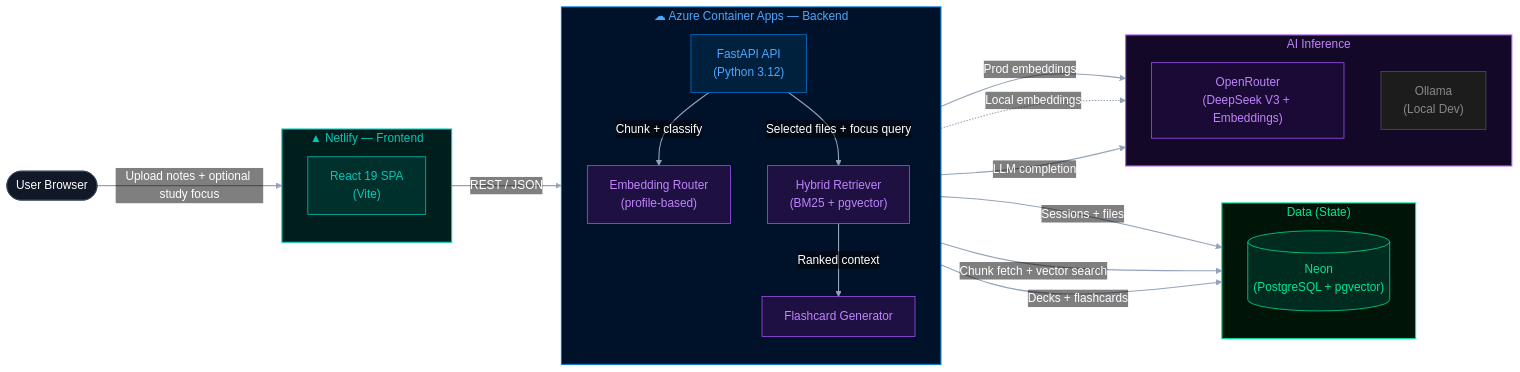
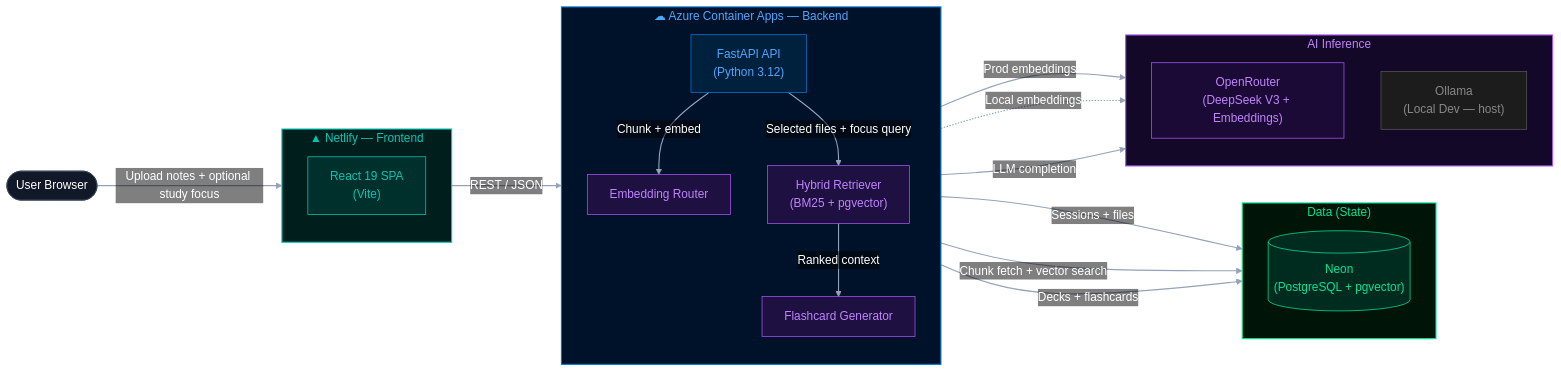
One commit to hua0-richard/rag-obs changed the diagram in README.md. Above: the diagram before and after it, drawn with Mermaid. The commit also changed other lines of this file and 48 other files, not shown here.

````diff
--- a/README.md
+++ b/README.md
@@ -24,82 +24,82 @@
 ```mermaid
 %%{init: {
   "theme": "base",
   "themeVariables": {
     "background": "#09090b",
     "mainBkg": "#09090b",
     "primaryTextColor": "#ffffff",
     "textColor": "#ffffff",
     "labelBackground": "rgba(0,0,0,0)",
     "edgeLabelBackground": "rgba(0,0,0,0)",
     "edgeLabelBorder": "rgba(0,0,0,0)",
     "edgeLabelBorderWidth": "0",
     "edgeLabelColor": "#ffffff",
     "lineColor": "#94a3b8",
     "clusterBkg": "#09090b",
     "clusterBorder": "#334155",
     "clusterLabelColor": "#ffffff"
   }
 } }%%
 
 flowchart LR
     User(["User Browser"])
 
     subgraph Frontend["▲ Netlify — Frontend"]
         direction TB
         Web["React 19 SPA<br/>(Vite)"]
     end
 
     subgraph Backend["☁ Azure Container Apps — Backend"]
         direction TB
         API["FastAPI API<br/>(Python 3.12)"]
-        Embed["Embedding Router<br/>(profile-based)"]
+        Embed["Embedding Router"]
         Retrieve["Hybrid Retriever<br/>(BM25 + pgvector)"]
         RAG["Flashcard Generator"]
     end
 
     subgraph Data["Data (State)"]
         direction TB
         DB[("Neon<br/>(PostgreSQL + pgvector)")]
     end
 
     subgraph AI["AI Inference"]
         direction TB
         OR["OpenRouter<br/>(DeepSeek V3 + Embeddings)"]
-        Ollama["Ollama<br/>(Local Dev)"]
+        Ollama["Ollama<br/>(Local Dev — host)"]
     end
 
     User -->|"Upload notes + optional study focus"| Web
     Web -->|"REST / JSON"| API
-    API -->|"Chunk + classify"| Embed
+    API -->|"Chunk + embed"| Embed
     API -->|"Selected files + focus query"| Retrieve
     API -->|"Sessions + files"| DB
     Embed -->|"Prod embeddings"| OR
     Embed -.->|"Local embeddings"| Ollama
     Retrieve -->|"Chunk fetch + vector search"| DB
     Retrieve -->|"Ranked context"| RAG
     RAG -->|"LLM completion"| OR
     RAG -->|"Decks + flashcards"| DB
 
     classDef neutral    fill:#111827,stroke:#334155,color:#ffffff;
     classDef netlify    fill:#00302c,stroke:#00c7b7,color:#00c7b7;
     classDef fastapi    fill:#00213d,stroke:#0078d4,color:#4da6ff;
     classDef violet     fill:#1e1040,stroke:#a855f7,color:#c084fc;
     classDef neon       fill:#002b1f,stroke:#00e599,color:#00e599;
     classDef openrouter fill:#1a0a35,stroke:#a855f7,color:#c084fc;
     classDef ollama     fill:#1c1c1c,stroke:#555555,color:#888888;
 
     class User neutral;
     class Web netlify;
     class API fastapi;
     class Embed,Retrieve,RAG violet;
     class DB neon;
     class OR openrouter;
     class Ollama ollama;
 
     style Frontend fill:#001f1c,stroke:#00c7b7,color:#00c7b7,stroke-width:1.5px
     style Backend  fill:#001229,stroke:#0078d4,color:#4da6ff,stroke-width:1.5px
     style Data     fill:#001508,stroke:#00e599,color:#00e599,stroke-width:1.5px
     style AI       fill:#130828,stroke:#a855f7,color:#c084fc,stroke-width:1.5px
 
     linkStyle default stroke:#94a3b8,stroke-width:1.5px
 ```
````
